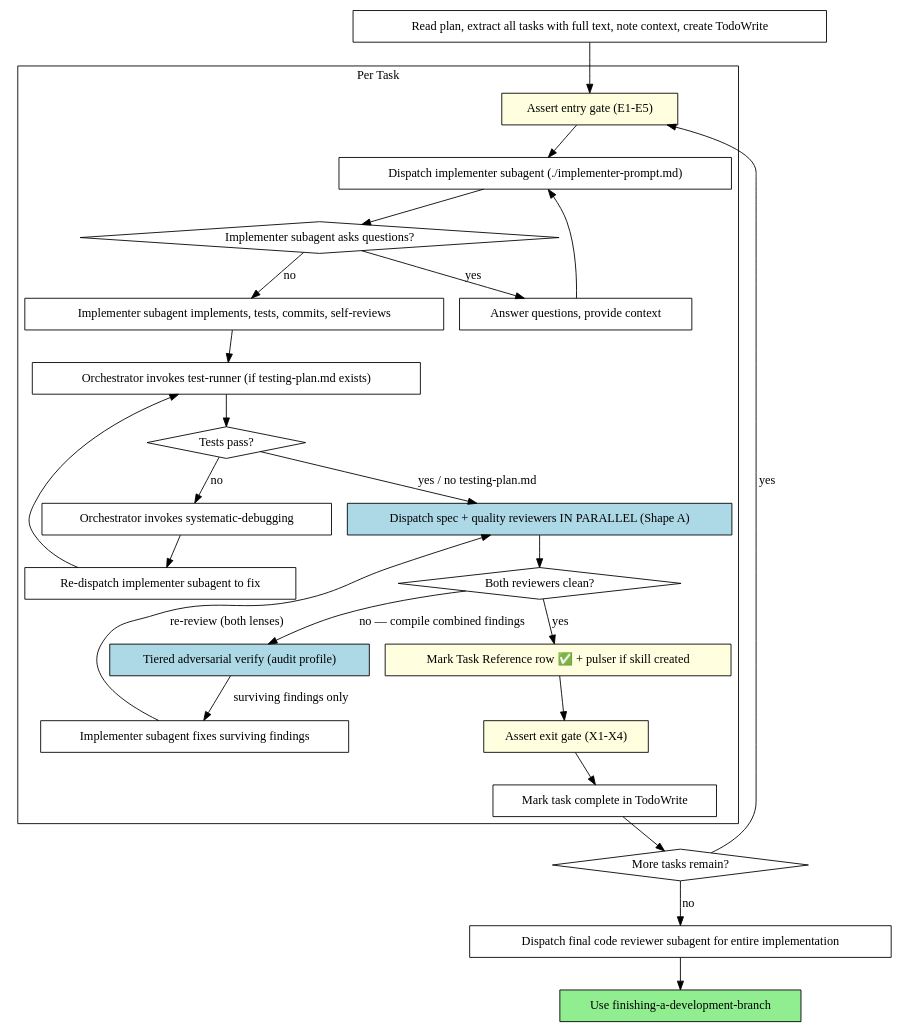
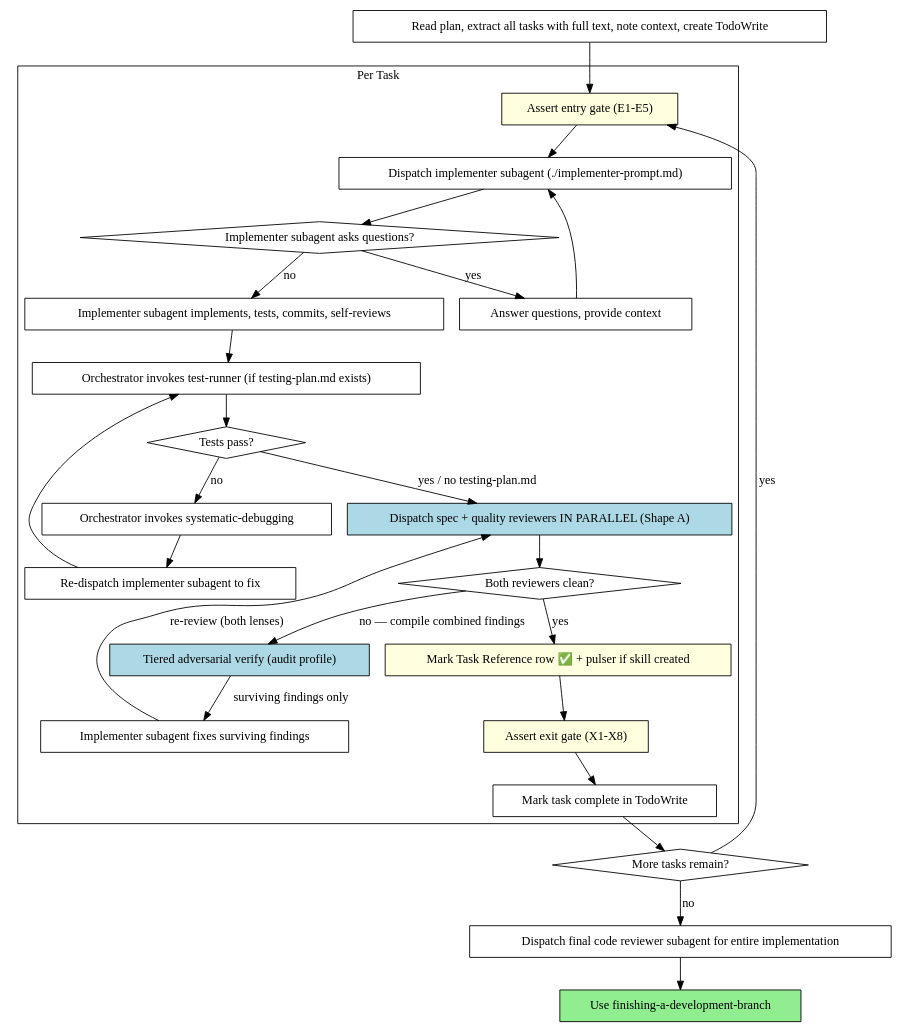
One commit to TeamClyde/clydes_claude changed the second of 2 diagrams in skills/subagent-driven-development/SKILL.md. Above: the diagram before and after it, drawn with Graphviz. The commit also changed other lines of this file, not shown here.

First line of the commit message:
feat: SDD exit gate verifies observed git state + recovery path

````diff
--- a/skills/subagent-driven-development/SKILL.md
+++ b/skills/subagent-driven-development/SKILL.md
@@ -43,54 +43,54 @@
 ```dot
 digraph process {
     rankdir=TB;
 
     subgraph cluster_per_task {
         label="Per Task";
         "Assert entry gate (E1-E5)" [shape=box style=filled fillcolor=lightyellow];
         "Dispatch implementer subagent (./implementer-prompt.md)" [shape=box];
         "Implementer subagent asks questions?" [shape=diamond];
         "Answer questions, provide context" [shape=box];
         "Implementer subagent implements, tests, commits, self-reviews" [shape=box];
         "Dispatch spec + quality reviewers IN PARALLEL (Shape A)" [shape=box style=filled fillcolor=lightblue];
         "Both reviewers clean?" [shape=diamond];
         "Tiered adversarial verify (audit profile)" [shape=box style=filled fillcolor=lightblue];
         "Implementer subagent fixes surviving findings" [shape=box];
         "Mark Task Reference row ✅ + pulser if skill created" [shape=box style=filled fillcolor=lightyellow];
-        "Assert exit gate (X1-X4)" [shape=box style=filled fillcolor=lightyellow];
+        "Assert exit gate (X1-X8)" [shape=box style=filled fillcolor=lightyellow];
         "Mark task complete in TodoWrite" [shape=box];
         "Orchestrator invokes test-runner (if testing-plan.md exists)" [shape=box];
         "Tests pass?" [shape=diamond];
         "Orchestrator invokes systematic-debugging" [shape=box];
         "Re-dispatch implementer subagent to fix" [shape=box];
     }
 
     "Read plan, extract all tasks with full text, note context, create TodoWrite" [shape=box];
     "More tasks remain?" [shape=diamond];
     "Dispatch final code reviewer subagent for entire implementation" [shape=box];
     "Use finishing-a-development-branch" [shape=box style=filled fillcolor=lightgreen];
 
     "Read plan, extract all tasks with full text, note context, create TodoWrite" -> "Assert entry gate (E1-E5)";
     "Assert entry gate (E1-E5)" -> "Dispatch implementer subagent (./implementer-prompt.md)";
     "Dispatch implementer subagent (./implementer-prompt.md)" -> "Implementer subagent asks questions?";
     "Implementer subagent asks questions?" -> "Answer questions, provide context" [label="yes"];
     "Answer questions, provide context" -> "Dispatch implementer subagent (./implementer-prompt.md)";
     "Implementer subagent asks questions?" -> "Implementer subagent implements, tests, commits, self-reviews" [label="no"];
     "Implementer subagent implements, tests, commits, self-reviews" -> "Orchestrator invokes test-runner (if testing-plan.md exists)";
     "Orchestrator invokes test-runner (if testing-plan.md exists)" -> "Tests pass?";
     "Tests pass?" -> "Dispatch spec + quality reviewers IN PARALLEL (Shape A)" [label="yes / no testing-plan.md"];
     "Tests pass?" -> "Orchestrator invokes systematic-debugging" [label="no"];
     "Orchestrator invokes systematic-debugging" -> "Re-dispatch implementer subagent to fix";
     "Re-dispatch implementer subagent to fix" -> "Orchestrator invokes test-runner (if testing-plan.md exists)";
     "Dispatch spec + quality reviewers IN PARALLEL (Shape A)" -> "Both reviewers clean?";
     "Both reviewers clean?" -> "Tiered adversarial verify (audit profile)" [label="no — compile combined findings"];
     "Tiered adversarial verify (audit profile)" -> "Implementer subagent fixes surviving findings" [label="surviving findings only"];
     "Implementer subagent fixes surviving findings" -> "Dispatch spec + quality reviewers IN PARALLEL (Shape A)" [label="re-review (both lenses)"];
     "Both reviewers clean?" -> "Mark Task Reference row ✅ + pulser if skill created" [label="yes"];
-    "Mark Task Reference row ✅ + pulser if skill created" -> "Assert exit gate (X1-X4)";
-    "Assert exit gate (X1-X4)" -> "Mark task complete in TodoWrite";
+    "Mark Task Reference row ✅ + pulser if skill created" -> "Assert exit gate (X1-X8)";
+    "Assert exit gate (X1-X8)" -> "Mark task complete in TodoWrite";
     "Mark task complete in TodoWrite" -> "More tasks remain?";
     "More tasks remain?" -> "Assert entry gate (E1-E5)" [label="yes"];
     "More tasks remain?" -> "Dispatch final code reviewer subagent for entire implementation" [label="no"];
     "Dispatch final code reviewer subagent for entire implementation" -> "Use finishing-a-development-branch";
 }
 ```
````
